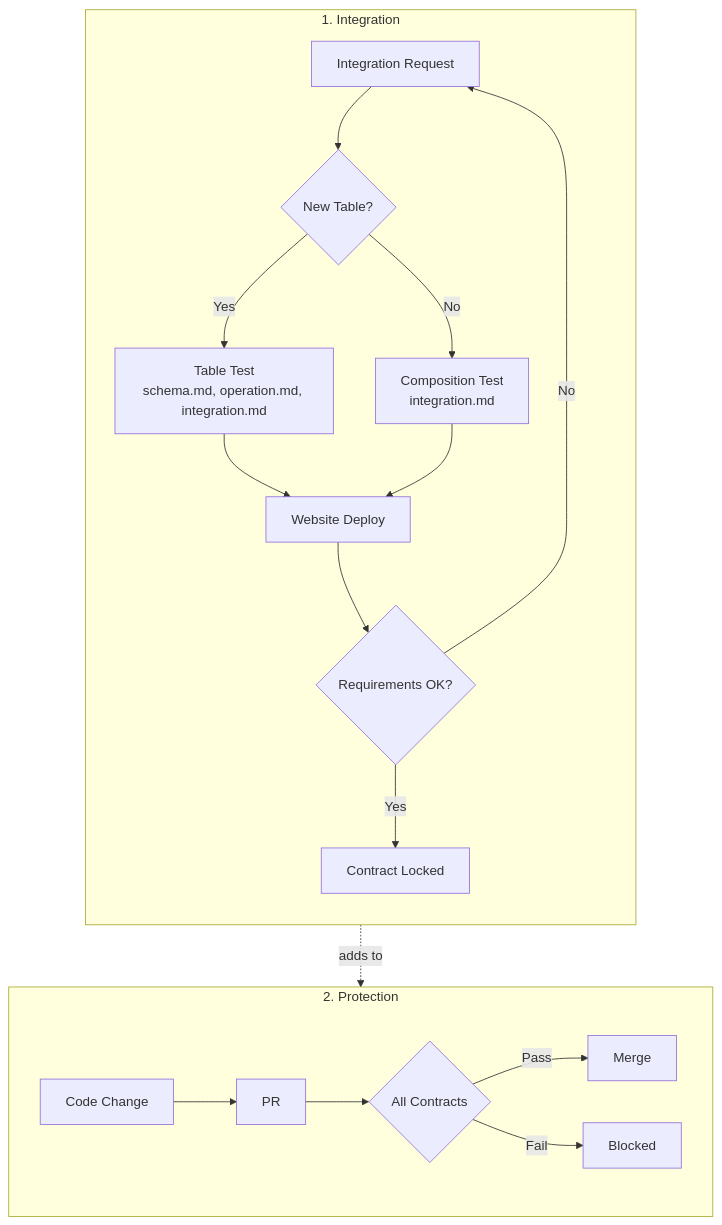
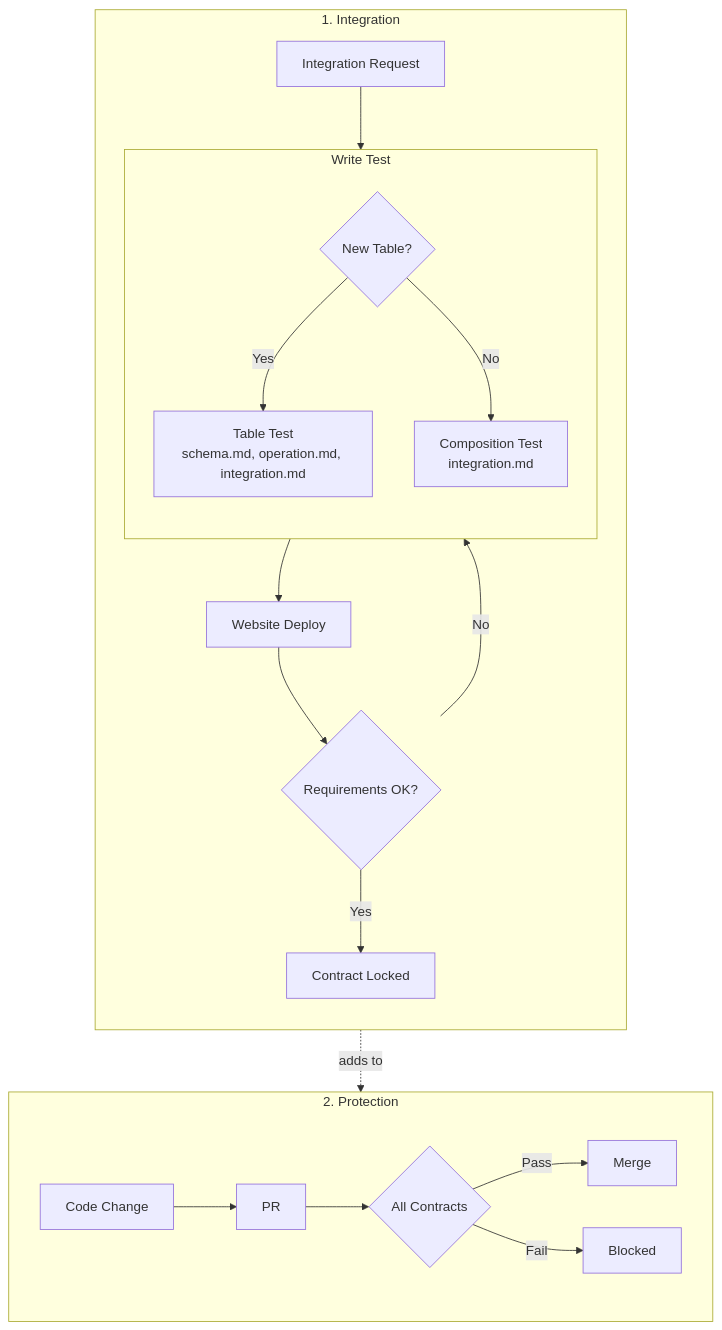
Before and after one commit to kakao/actionbase: the diagram in website/src/content/docs/stories/contracts.mdx, drawn with Mermaid.

Commit message:
fix(stories): review loop returns to write test block

````diff
--- a/website/src/content/docs/stories/contracts.mdx
+++ b/website/src/content/docs/stories/contracts.mdx
@@ -18,24 +18,27 @@
 ```mermaid
 flowchart TB
     subgraph Integration ["1. Integration"]
         direction TB
-        Request[Integration Request] --> Decision{New Table?}
-        Decision -->|Yes| NewTable["Table Test<br/>schema.md, operation.md, integration.md"]
-        Decision -->|No| Compose["Composition Test<br/>integration.md"]
-        NewTable --> Deploy[Website Deploy]
-        Compose --> Deploy
+        Request[Integration Request] --> Test
+        subgraph Test ["Write Test"]
+            direction TB
+            Decision{New Table?}
+            Decision -->|Yes| NewTable["Table Test<br/>schema.md, operation.md, integration.md"]
+            Decision -->|No| Compose["Composition Test<br/>integration.md"]
+        end
+        Test --> Deploy[Website Deploy]
         Deploy --> Review{Requirements OK?}
-        Review -->|No| Request
+        Review -->|No| Test
         Review -->|Yes| Locked[Contract Locked]
     end
     
     Locked -.->|adds to| Contracts
     
     subgraph Protection ["2. Protection"]
         direction LR
         Change[Code Change] --> PR[PR]
         PR --> Contracts{All Contracts}
         Contracts -->|Pass| Merge[Merge]
         Contracts -->|Fail| Block[Blocked]
     end
 ```
````
